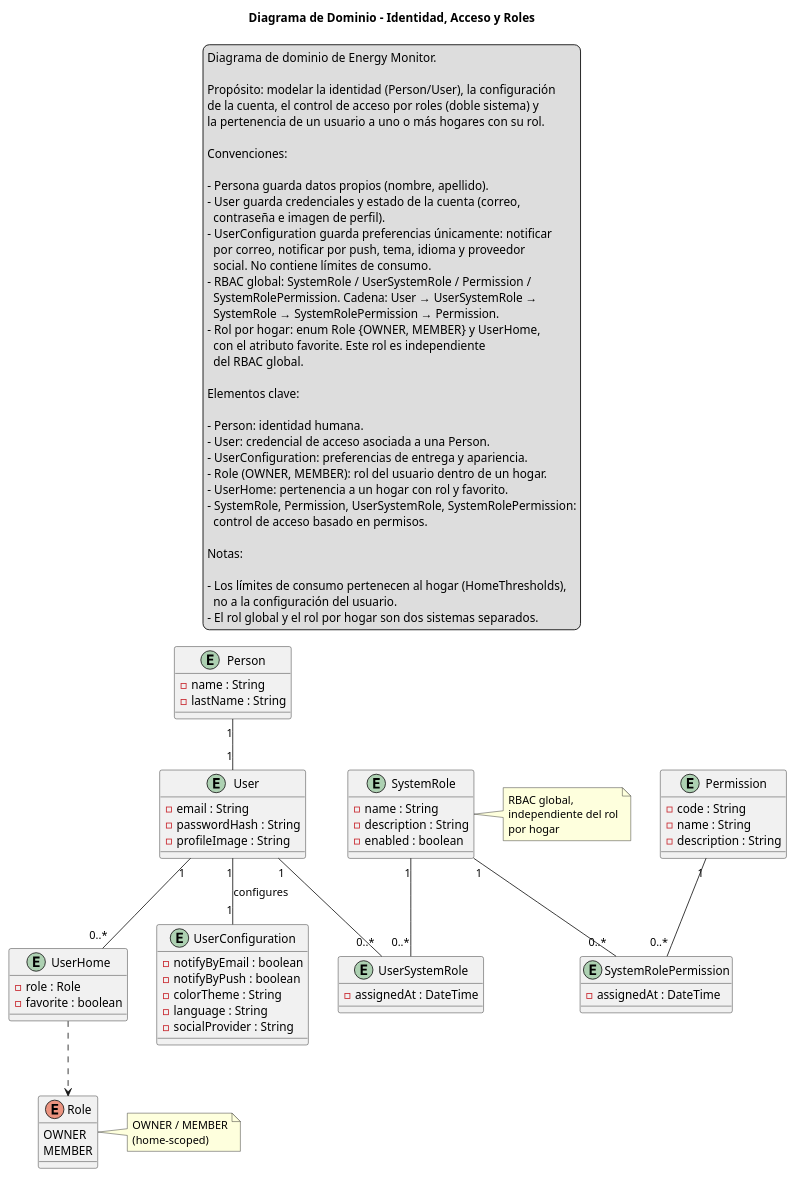
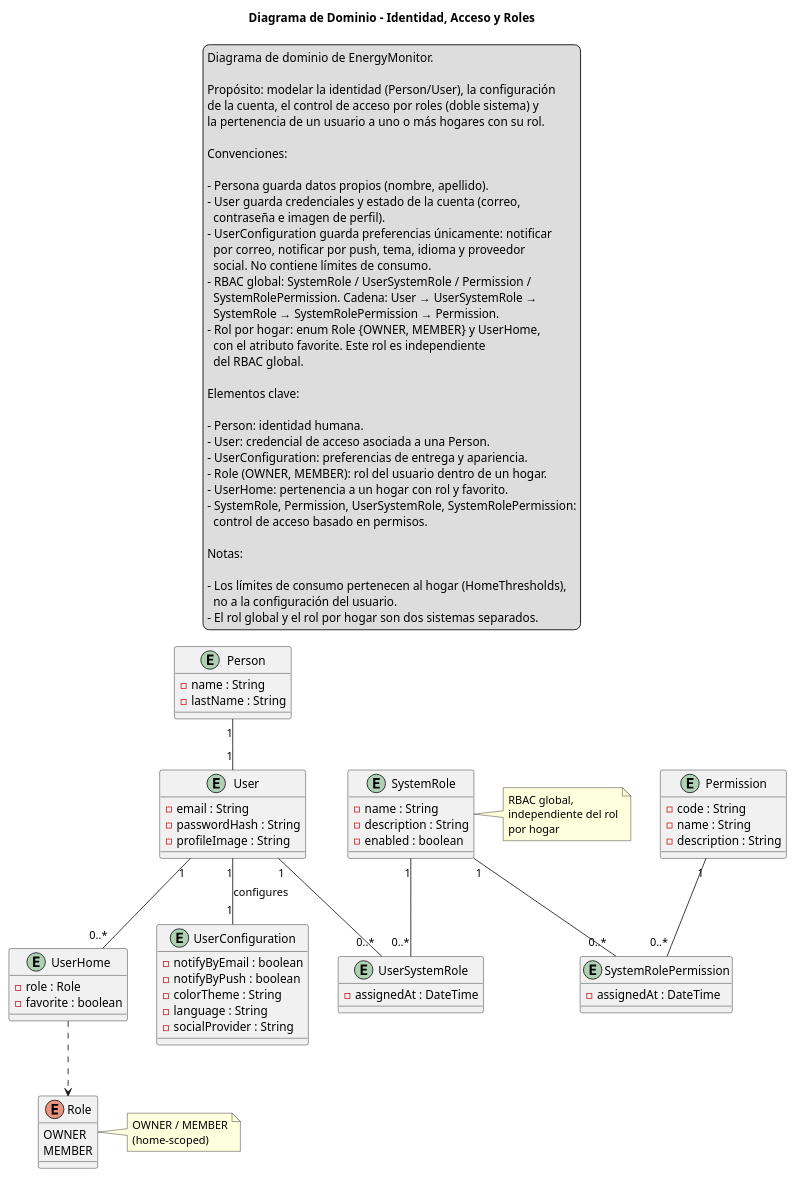
One commit to Juan-Cortes2045/Documentacion-proyecto-Monitor-de-consumo-electrico changed the diagram in Diagrama de dominio/diagrama_dominio_usuario.wsd. Above: the diagram before and after it, drawn with PlantUML. The commit also changed 1 other file, not shown here.

Commit message:
docs(domain-diagram): rename the project to EnergyMonitor

```diff
--- a/Diagrama de dominio/diagrama_dominio_usuario.wsd
+++ b/Diagrama de dominio/diagrama_dominio_usuario.wsd
@@ -1,113 +1,113 @@
 @startuml diagrama_dominio_usuario
 
 title Diagrama de Dominio - Identidad, Acceso y Roles
 
 legend top
-    Diagrama de dominio de Energy Monitor.
+    Diagrama de dominio de EnergyMonitor.
 
     Propósito: modelar la identidad (Person/User), la configuración
     de la cuenta, el control de acceso por roles (doble sistema) y
     la pertenencia de un usuario a uno o más hogares con su rol.
 
     Convenciones:
 
     - Persona guarda datos propios (nombre, apellido).
     - User guarda credenciales y estado de la cuenta (correo,
       contraseña e imagen de perfil).
     - UserConfiguration guarda preferencias únicamente: notificar
       por correo, notificar por push, tema, idioma y proveedor
       social. No contiene límites de consumo.
     - RBAC global: SystemRole / UserSystemRole / Permission /
       SystemRolePermission. Cadena: User → UserSystemRole →
       SystemRole → SystemRolePermission → Permission.
     - Rol por hogar: enum Role {OWNER, MEMBER} y UserHome,
       con el atributo favorite. Este rol es independiente
       del RBAC global.
 
     Elementos clave:
 
     - Person: identidad humana.
     - User: credencial de acceso asociada a una Person.
     - UserConfiguration: preferencias de entrega y apariencia.
     - Role (OWNER, MEMBER): rol del usuario dentro de un hogar.
     - UserHome: pertenencia a un hogar con rol y favorito.
     - SystemRole, Permission, UserSystemRole, SystemRolePermission:
       control de acceso basado en permisos.
 
     Notas:
 
     - Los límites de consumo pertenecen al hogar (HomeThresholds),
       no a la configuración del usuario.
     - El rol global y el rol por hogar son dos sistemas separados.
 endlegend
 
 entity Person {
     - name : String
     - lastName : String
 }
 
 entity User {
     - email : String
     - passwordHash : String
     - profileImage : String
 }
 
 entity UserConfiguration {
     - notifyByEmail : boolean
     - notifyByPush : boolean
     - colorTheme : String
     - language : String
     - socialProvider : String
 }
 
 enum Role {
     OWNER
     MEMBER
 }
 
 entity UserHome {
     - role : Role
     - favorite : boolean
 }
 
 entity SystemRole {
     - name : String
     - description : String
     - enabled : boolean
 }
 
 entity UserSystemRole {
     - assignedAt : DateTime
 }
 
 entity Permission {
     - code : String
     - name : String
     - description : String
 }
 
 entity SystemRolePermission {
     - assignedAt : DateTime
 }
 
 Person "1" -- "1" User
 User "1" -- "1" UserConfiguration : configures
 User "1" -- "0..*" UserSystemRole
 SystemRole "1" -- "0..*" UserSystemRole
 SystemRole "1" -- "0..*" SystemRolePermission
 Permission "1" -- "0..*" SystemRolePermission
 User "1" -- "0..*" UserHome
 UserHome ..> Role
 
 note right of Role
     OWNER / MEMBER
     (home-scoped)
 end note
 
 note right of SystemRole
     RBAC global,
     independiente del rol
     por hogar
 end note
 
 @enduml
```
